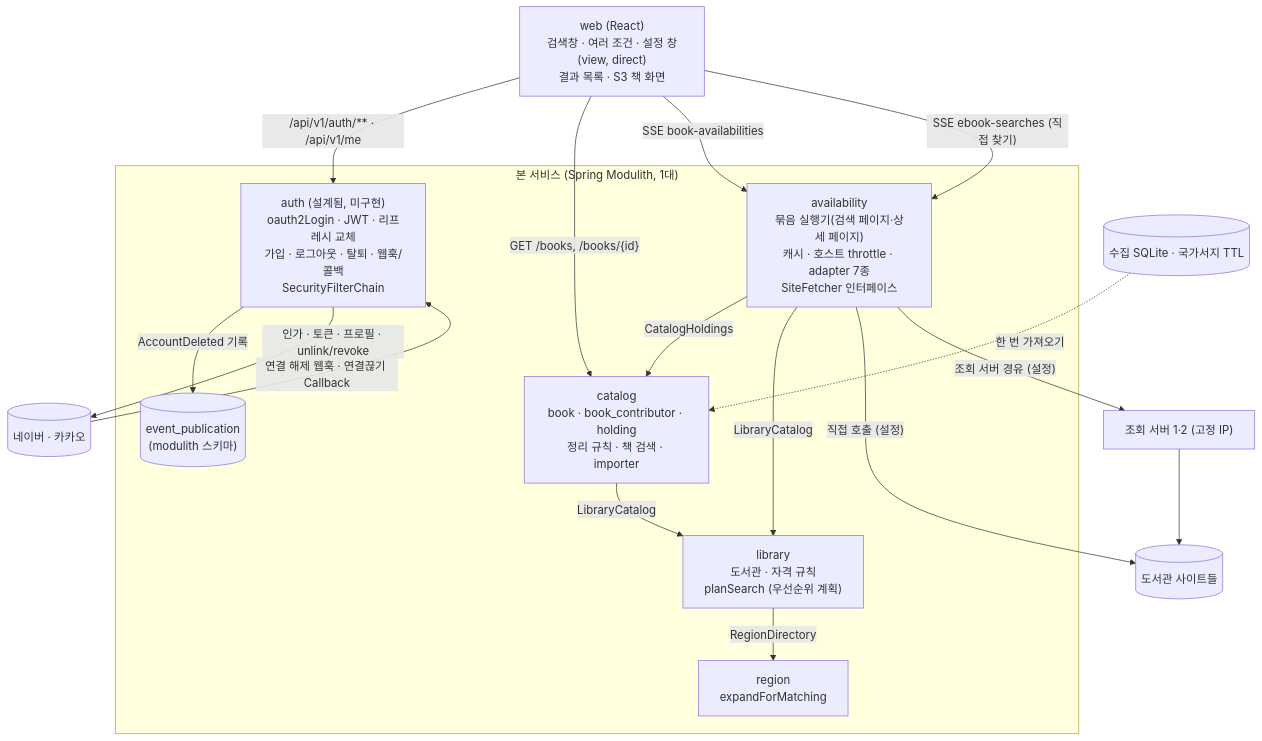
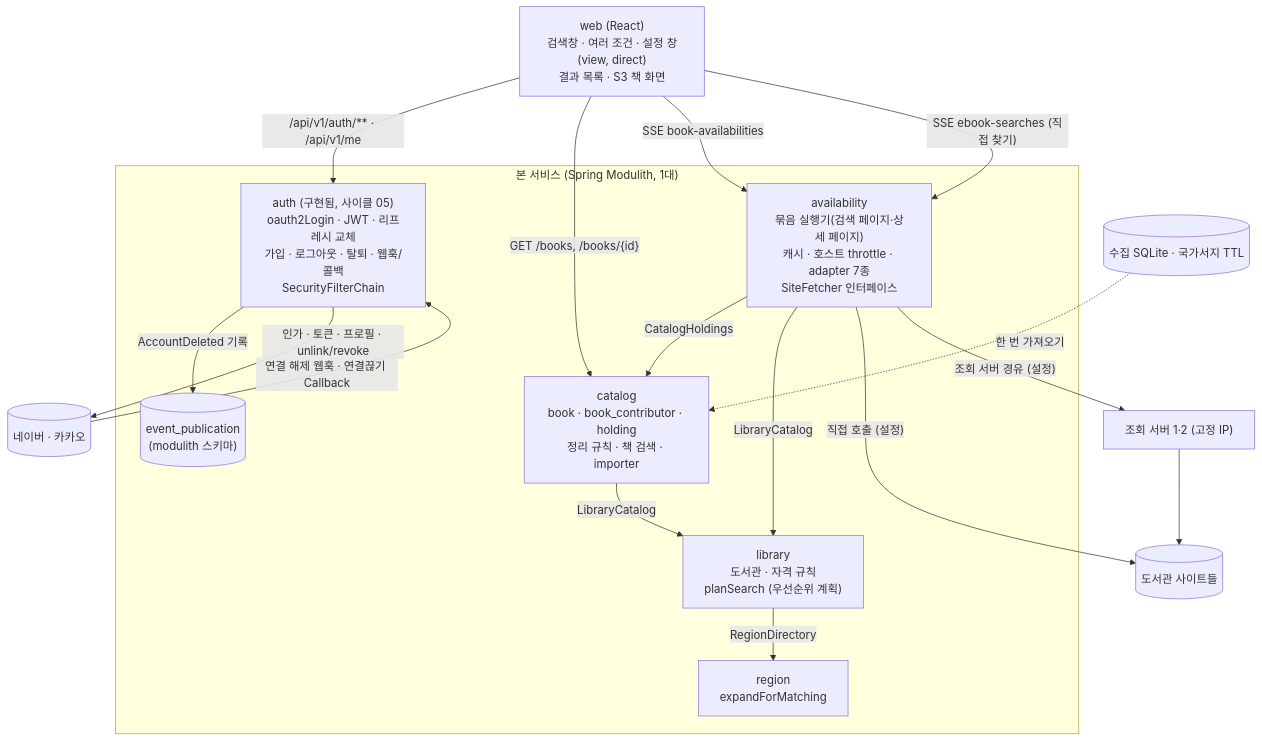
One commit to hodu-sketch/chaekcheck-plan changed the first of 3 diagrams in docs/current/module-map.md. Above: the diagram before and after it, drawn with Mermaid. The commit also changed other lines of this file and 11 other files, not shown here.

````diff
--- a/docs/current/module-map.md
+++ b/docs/current/module-map.md
@@ -25,27 +25,27 @@
 ```mermaid
 flowchart TB
   web["web (React)<br/>검색창 · 여러 조건 · 설정 창(view, direct)<br/>결과 목록 · S3 책 화면"]
   subgraph main["본 서비스 (Spring Modulith, 1대)"]
     catalog["catalog<br/>book · book_contributor · holding<br/>정리 규칙 · 책 검색 · importer"]
     availability["availability<br/>묶음 실행기(검색 페이지·상세 페이지)<br/>캐시 · 호스트 throttle · adapter 7종<br/>SiteFetcher 인터페이스"]
     library["library<br/>도서관 · 자격 규칙<br/>planSearch (우선순위 계획)"]
     region["region<br/>expandForMatching"]
     catalog -->|"LibraryCatalog"| library
     availability -->|"CatalogHoldings"| catalog
     availability -->|"LibraryCatalog"| library
     library -->|"RegionDirectory"| region
-    auth["auth (설계됨, 미구현)<br/>oauth2Login · JWT · 리프레시 교체<br/>가입 · 로그아웃 · 탈퇴 · 웹훅/콜백<br/>SecurityFilterChain"]
+    auth["auth (구현됨, 사이클 05)<br/>oauth2Login · JWT · 리프레시 교체<br/>가입 · 로그아웃 · 탈퇴 · 웹훅/콜백<br/>SecurityFilterChain"]
     registry[("event_publication<br/>(modulith 스키마)")]
     auth -->|"AccountDeleted 기록"| registry
   end
   web -->|"/api/v1/auth/** · /api/v1/me"| auth
   auth -->|"인가 · 토큰 · 프로필 · unlink/revoke"| idp[("네이버 · 카카오")]
   idp -->|"연결 해제 웹훅 · 연결끊기 Callback"| auth
   web -->|"GET /books, /books/{id}"| catalog
   web -->|"SSE book-availabilities"| availability
   web -->|"SSE ebook-searches (직접 찾기)"| availability
   availability -->|"직접 호출 (설정)"| sites[("도서관 사이트들")]
   availability -->|"조회 서버 경유 (설정)"| fetch1["조회 서버 1·2 (고정 IP)"]
   fetch1 --> sites
   src[("수집 SQLite · 국가서지 TTL")] -.->|"한 번 가져오기"| catalog
 ```
````
